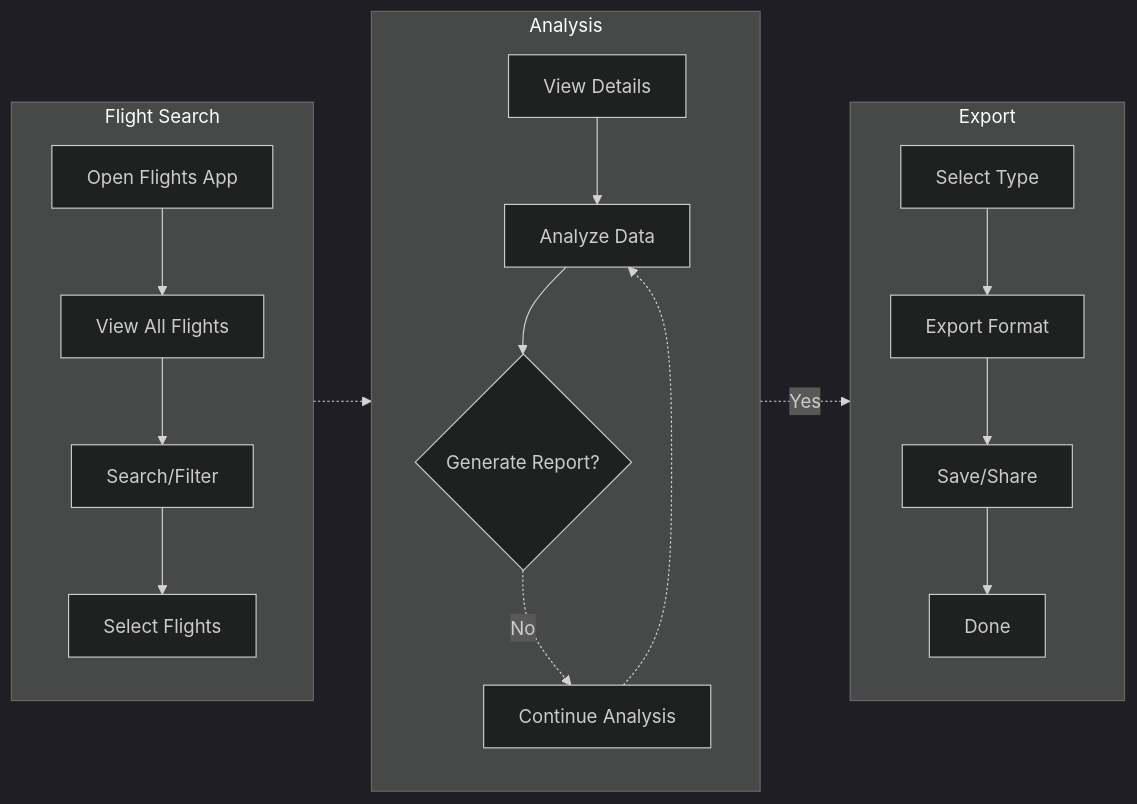
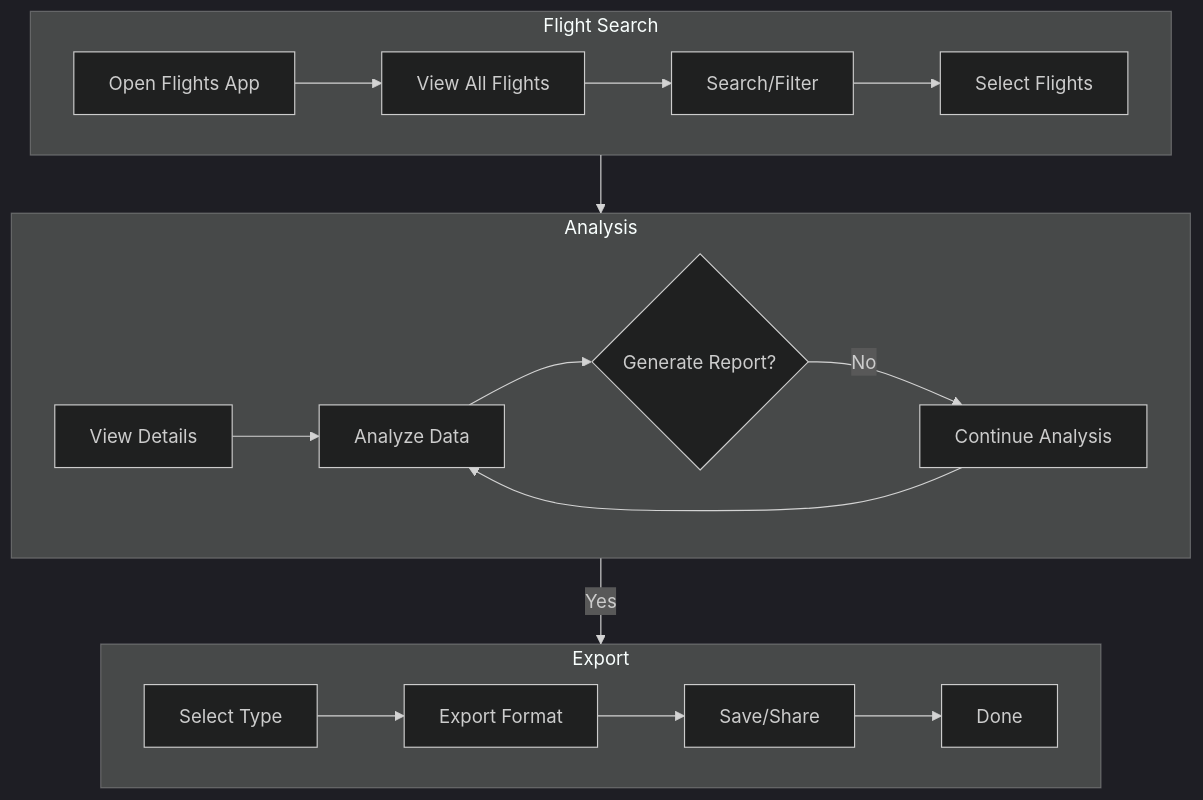
One commit to RoundRobinHood/cogniflight-cloud changed the tenth of 10 diagrams in docs/SEN3781_Assignment4_Information_Architecture_Report.md. Above: the diagram before and after it, drawn with Mermaid (dark theme). The commit also changed other lines of this file, not shown here.

Commit message:
improved diagram readability

````diff
--- a/docs/SEN3781_Assignment4_Information_Architecture_Report.md
+++ b/docs/SEN3781_Assignment4_Information_Architecture_Report.md
@@ -536,24 +496,19 @@
 ```mermaid
-flowchart LR
+flowchart TB
     subgraph s1["Flight Search"]
-        direction TB
-        A[Open Flights App] --> B[View All Flights]
-        B --> C[Search/Filter]
-        C --> D[Select Flights]
+        direction LR
+        A[Open Flights App] --> B[View All Flights] --> C[Search/Filter] --> D[Select Flights]
     end
     subgraph s2["Analysis"]
-        direction TB
-        E[View Details] --> F[Analyze Data]
-        F --> G{Generate Report?}
-        G -.->|No| J[Continue Analysis]
-        J -.-> F
+        direction LR
+        E[View Details] --> F[Analyze Data] --> G{Generate Report?}
+        G -->|No| J[Continue Analysis]
+        J --> F
     end
     subgraph s3["Export"]
-        direction TB
-        H[Select Type] --> I[Export Format]
-        I --> K[Save/Share]
-        K --> L[Done]
+        direction LR
+        H[Select Type] --> I[Export Format] --> K[Save/Share] --> L[Done]
     end
-    D -.-> E
-    G -.->|Yes| H
+    D --> E
+    G -->|Yes| H
 ```
````
